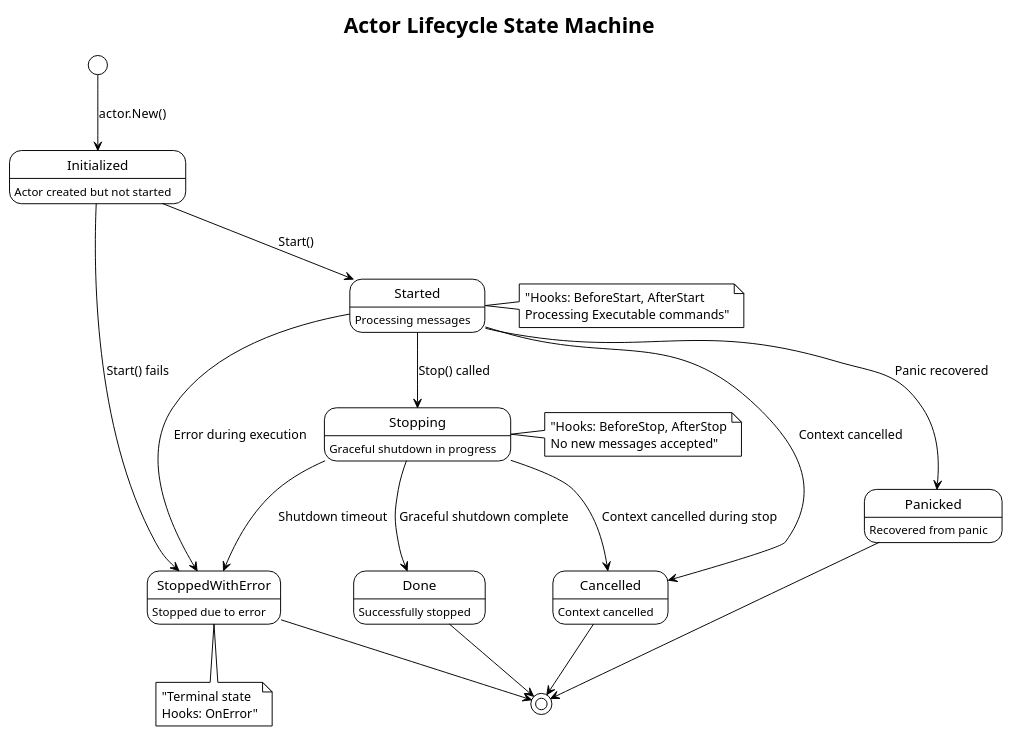
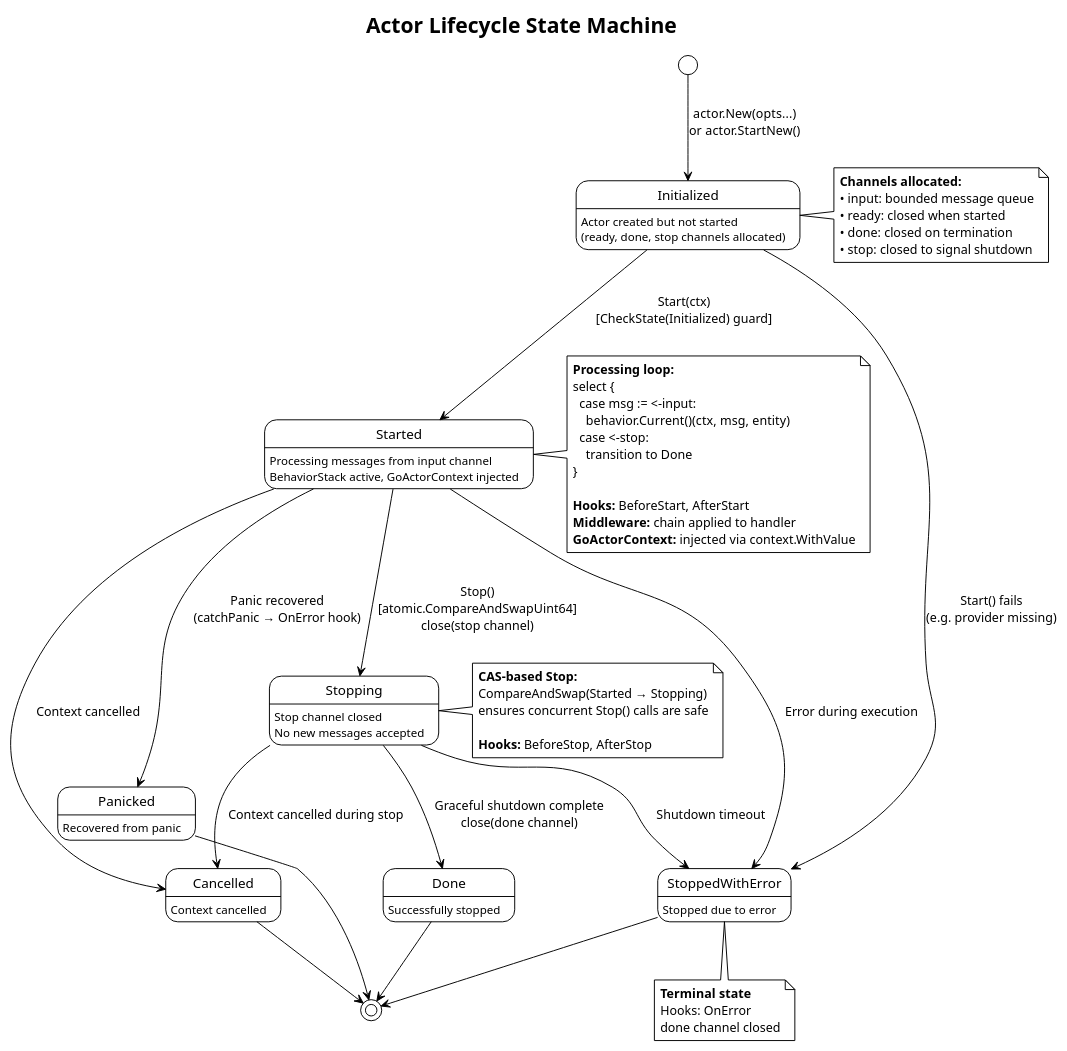
Before and after one commit to barnowlsnest/go-actorlib: the diagram in docs/actor-lifecycle.puml, drawn with PlantUML. The commit also changed 38 other files, not shown here.

```diff
--- a/docs/actor-lifecycle.puml
+++ b/docs/actor-lifecycle.puml
@@ -1,38 +1,70 @@
 @startuml actor-lifecycle
 !theme plain
 skinparam backgroundColor #FFFFFF
 
 title Actor Lifecycle State Machine
 
-state "Initialized" as init : Actor created but not started
-state "Started" as started : Processing messages
-state "Stopping" as stopping : Graceful shutdown in progress
+state "Initialized" as init : Actor created but not started\n(ready, done, stop channels allocated)
+state "Started" as started : Processing messages from input channel\nBehaviorStack active, GoActorContext injected
+state "Stopping" as stopping : Stop channel closed\nNo new messages accepted
 state "Done" as done : Successfully stopped
 state "StoppedWithError" as error : Stopped due to error
 state "Cancelled" as cancelled : Context cancelled
 state "Panicked" as panicked : Recovered from panic
 
-[*] --> init : actor.New()
+[*] --> init : actor.New(opts...)\nor actor.StartNew()
 
-init --> started : Start()
-init --> error : Start() fails
+init --> started : Start(ctx)\n[CheckState(Initialized) guard]
+init --> error : Start() fails\n(e.g. provider missing)
 
-started --> stopping : Stop() called
+started --> stopping : Stop()\n[atomic.CompareAndSwapUint64]\nclose(stop channel)
 started --> cancelled : Context cancelled
-started --> panicked : Panic recovered
+started --> panicked : Panic recovered\n(catchPanic → OnError hook)
 started --> error : Error during execution
 
-stopping --> done : Graceful shutdown complete
+stopping --> done : Graceful shutdown complete\nclose(done channel)
 stopping --> error : Shutdown timeout
 stopping --> cancelled : Context cancelled during stop
 
 done --> [*]
 error --> [*]
 cancelled --> [*]
 panicked --> [*]
 
-note right of started : "Hooks: BeforeStart, AfterStart\nProcessing Executable commands"
-note right of stopping : "Hooks: BeforeStop, AfterStop\nNo new messages accepted"
-note bottom of error : "Terminal state\nHooks: OnError"
+note right of init
+  **Channels allocated:**
+  • input: bounded message queue
+  • ready: closed when started
+  • done: closed on termination
+  • stop: closed to signal shutdown
+end note
+
+note right of started
+  **Processing loop:**
+  select {
+    case msg := <-input:
+      behavior.Current()(ctx, msg, entity)
+    case <-stop:
+      transition to Done
+  }
+
+  **Hooks:** BeforeStart, AfterStart
+  **Middleware:** chain applied to handler
+  **GoActorContext:** injected via context.WithValue
+end note
+
+note right of stopping
+  **CAS-based Stop:**
+  CompareAndSwap(Started → Stopping)
+  ensures concurrent Stop() calls are safe
+
+  **Hooks:** BeforeStop, AfterStop
+end note
+
+note bottom of error
+  **Terminal state**
+  Hooks: OnError
+  done channel closed
+end note
 
 @enduml
```
